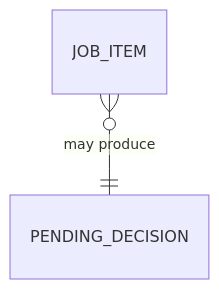
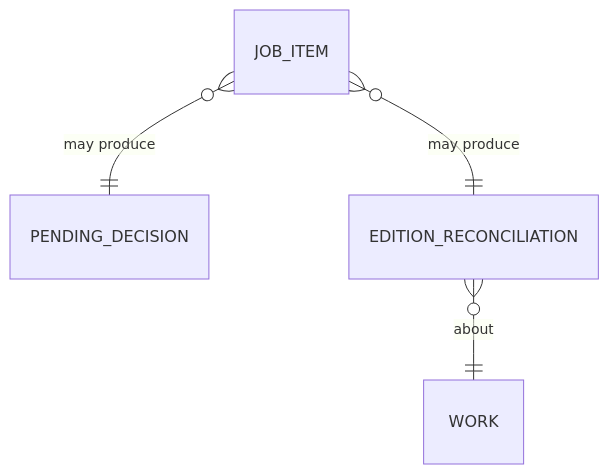
One commit to ennui2342/opsimath changed the second of 2 diagrams in docs/DATA_MODEL.md. Above: the diagram before and after it, drawn with Mermaid. The commit also changed other lines of this file and 1 other file, not shown here.

First line of the commit message:
Design: edition-level reconciliation for the Goodreads sync

````diff
--- a/docs/DATA_MODEL.md
+++ b/docs/DATA_MODEL.md
@@ -597,4 +605,6 @@
 ```mermaid
 erDiagram
     JOB_ITEM }o--|| PENDING_DECISION : "may produce"
+    JOB_ITEM }o--|| EDITION_RECONCILIATION : "may produce"
+    EDITION_RECONCILIATION }o--|| WORK : "about"
 ```
````
